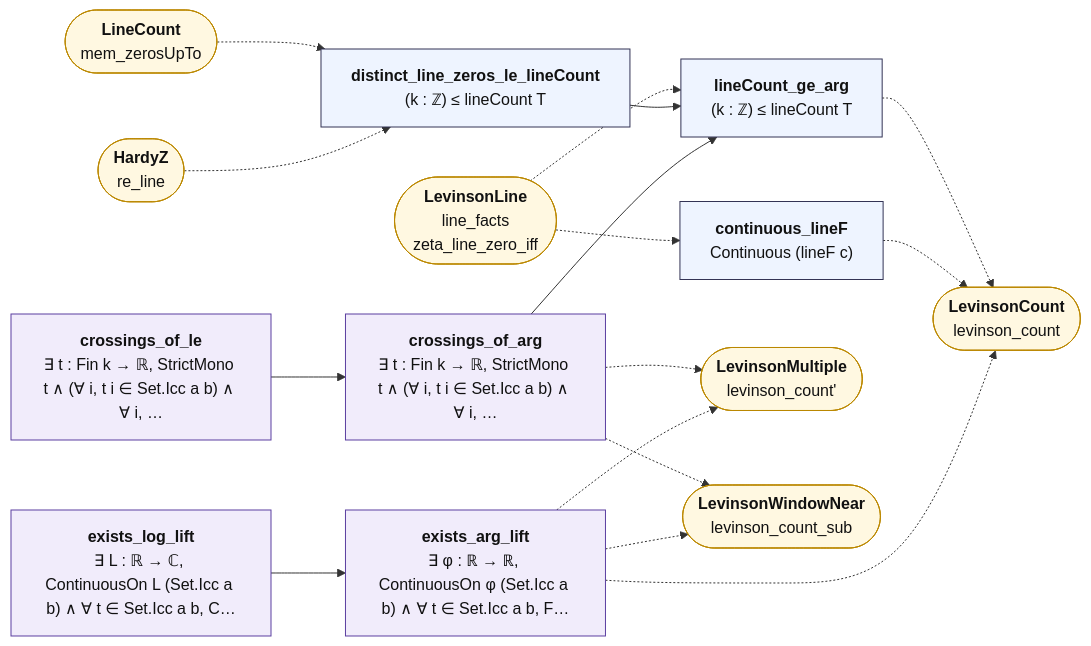
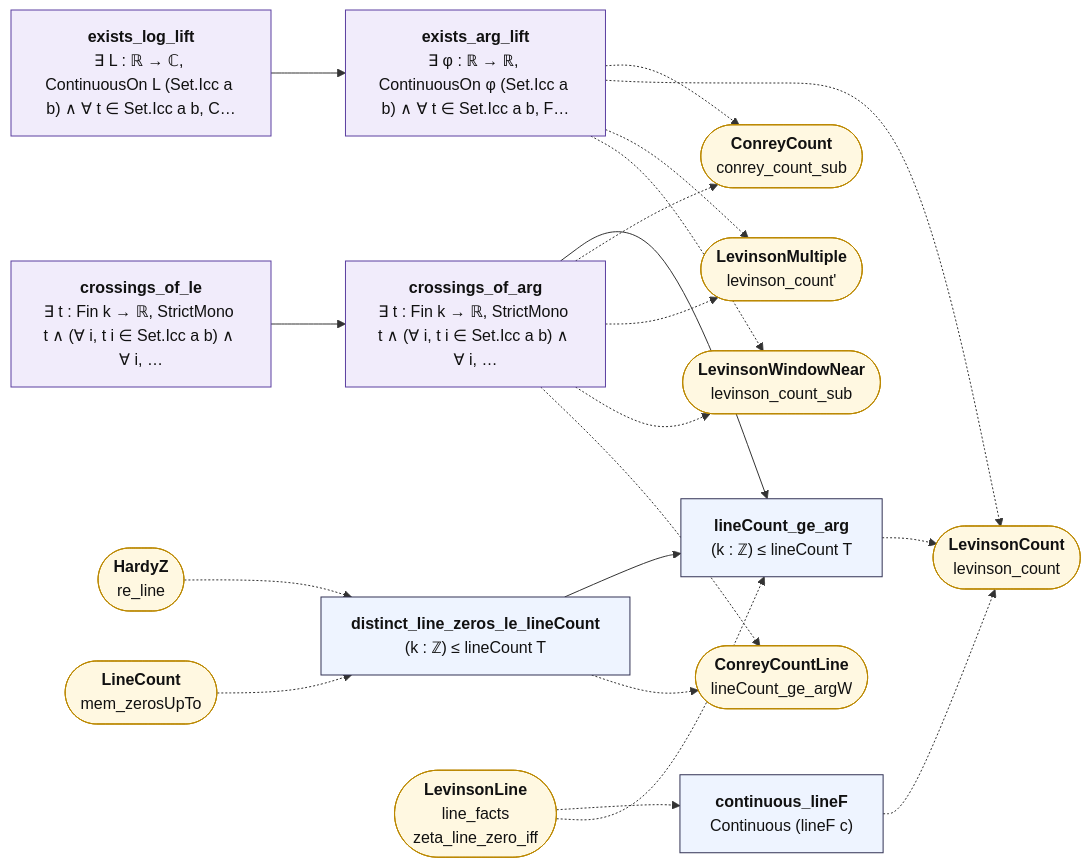
Before and after one commit to juliansambranojr/Primebeat_081426: the diagram in map/lean_stage3/LevinsonArg.md, drawn with Mermaid. The commit also changed other lines of this file and 48 other files, not shown here.

````diff
--- a/map/lean_stage3/LevinsonArg.md
+++ b/map/lean_stage3/LevinsonArg.md
@@ -14,39 +14,45 @@
 ```mermaid
 flowchart LR
   n0["<b>exists_log_lift</b><br/>∃ L : ℝ → ℂ, ContinuousOn L (Set.Icc a b) ∧ ∀ t ∈ Set.Icc a b, C…"]:::shp
   n1["<b>exists_arg_lift</b><br/>∃ φ : ℝ → ℝ, ContinuousOn φ (Set.Icc a b) ∧ ∀ t ∈ Set.Icc a b, F…"]:::shp
   n2["<b>crossings_of_le</b><br/>∃ t : Fin k → ℝ, StrictMono t ∧ (∀ i, t i ∈ Set.Icc a b) ∧ ∀ i, …"]:::shp
   n3["<b>crossings_of_arg</b><br/>∃ t : Fin k → ℝ, StrictMono t ∧ (∀ i, t i ∈ Set.Icc a b) ∧ ∀ i, …"]:::shp
   n4["<b>continuous_lineF</b><br/>Continuous (lineF c)"]:::thm
   n5["<b>distinct_line_zeros_le_lineCount</b><br/>(k : ℤ) ≤ lineCount T"]:::thm
   n6["<b>lineCount_ge_arg</b><br/>(k : ℤ) ≤ lineCount T"]:::thm
-  x0(["<b>LevinsonCount</b><br/>levinson_count"]):::ext
-  x1(["<b>LevinsonMultiple</b><br/>levinson_count'"]):::ext
-  x2(["<b>LevinsonWindowNear</b><br/>levinson_count_sub"]):::ext
-  x3(["<b>LevinsonLine</b><br/>line_facts<br/>zeta_line_zero_iff"]):::ext
-  x4(["<b>HardyZ</b><br/>re_line"]):::ext
-  x5(["<b>LineCount</b><br/>mem_zerosUpTo"]):::ext
+  x0(["<b>ConreyCount</b><br/>conrey_count_sub"]):::ext
+  x1(["<b>LevinsonCount</b><br/>levinson_count"]):::ext
+  x2(["<b>LevinsonMultiple</b><br/>levinson_count'"]):::ext
+  x3(["<b>LevinsonWindowNear</b><br/>levinson_count_sub"]):::ext
+  x4(["<b>ConreyCountLine</b><br/>lineCount_ge_argW"]):::ext
+  x5(["<b>LevinsonLine</b><br/>line_facts<br/>zeta_line_zero_iff"]):::ext
+  x6(["<b>HardyZ</b><br/>re_line"]):::ext
+  x7(["<b>LineCount</b><br/>mem_zerosUpTo"]):::ext
   n0 --> n1
   n2 --> n3
   n3 --> n6
   n5 --> n6
   n1 -.-> x0
   n1 -.-> x1
   n1 -.-> x2
-  n3 -.-> x1
+  n1 -.-> x3
+  n3 -.-> x0
   n3 -.-> x2
-  n4 -.-> x0
-  n6 -.-> x0
-  x3 -.-> n4
-  x3 -.-> n6
-  x4 -.-> n5
-  x5 -.-> n5
+  n3 -.-> x3
+  n3 -.-> x4
+  n4 -.-> x1
+  n5 -.-> x4
+  n6 -.-> x1
+  x5 -.-> n4
+  x5 -.-> n6
+  x6 -.-> n5
+  x7 -.-> n5
   classDef cnt fill:#dff5ec,stroke:#17694a,color:#111
   classDef shp fill:#f1ecfb,stroke:#5b3fa0,color:#111
   classDef rh fill:#ffe5e5,stroke:#c22,color:#111,stroke-width:2px
   classDef thm fill:#eef4ff,stroke:#335,color:#111
   classDef end_ fill:#e7f7e7,stroke:#2a7,color:#111,stroke-width:2px
   classDef lone fill:#fff,stroke:#999,color:#111,stroke-dasharray:4 3
   classDef bad fill:#ffe5e5,stroke:#c22,color:#111,stroke-width:2px
   classDef ext fill:#fff8e1,stroke:#b80,color:#111
 ```
````
